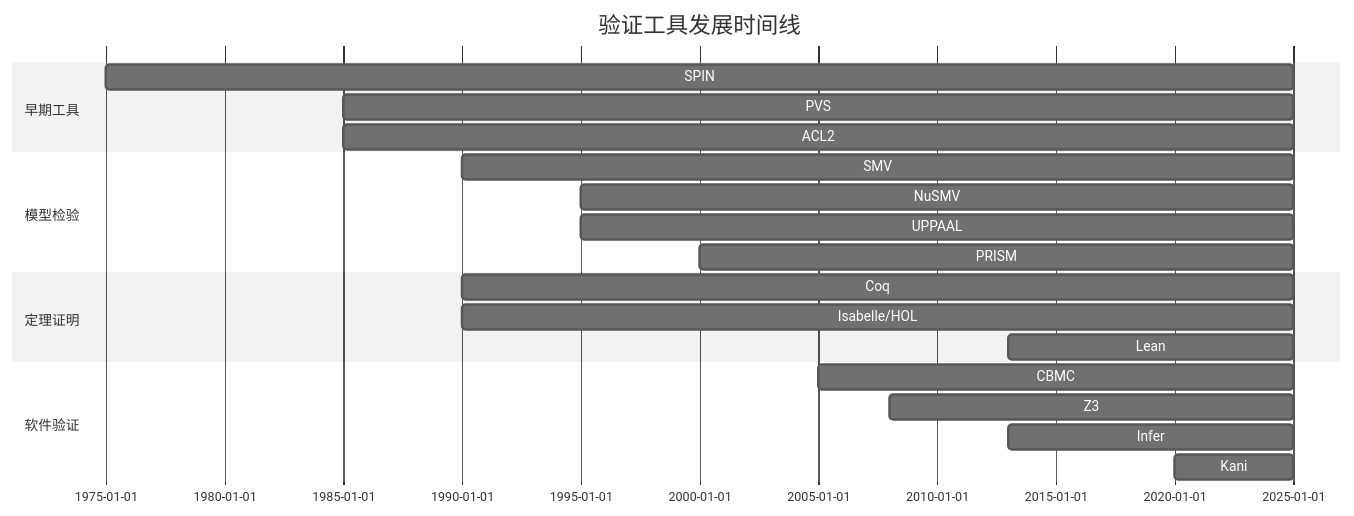
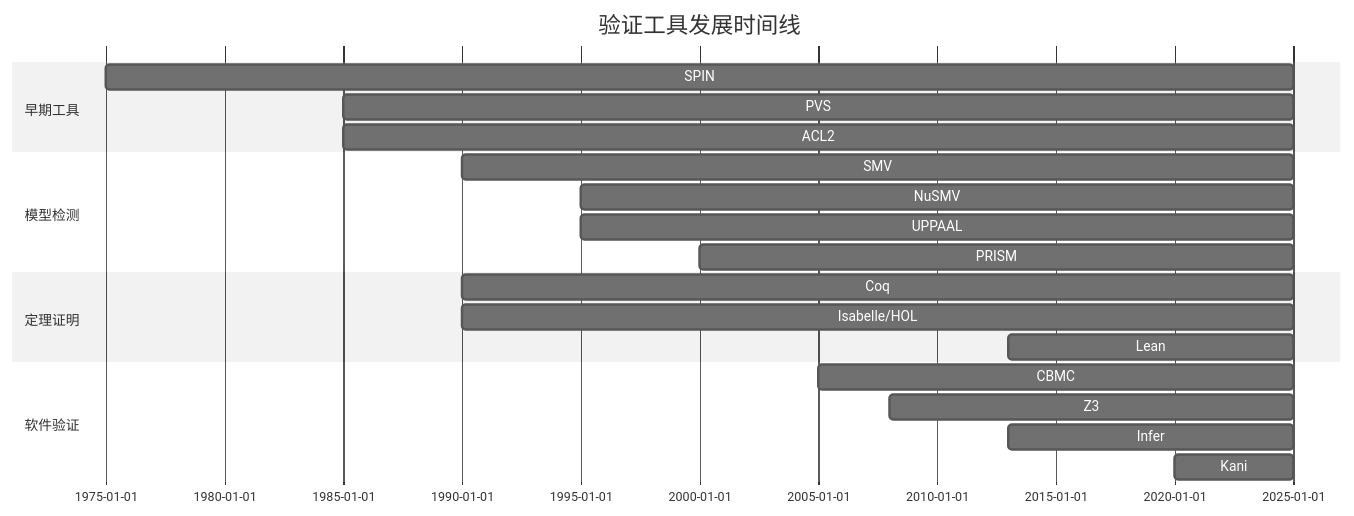
The fourth of 4 diagrams in formal-methods/COMPARISON-TOOLS.md (AdaMartin18010/AnalysisDataFlow), drawn with Mermaid (neutral theme) before and after one commit. The commit also changed other lines of this file and 129 other files, not shown here.

````diff
--- a/formal-methods/COMPARISON-TOOLS.md
+++ b/formal-methods/COMPARISON-TOOLS.md
@@ -502,26 +502,26 @@
 ```mermaid
 gantt
     title 验证工具发展时间线
     dateFormat YYYY
     section 早期工具
     SPIN            :1975, 2025
     PVS             :1985, 2025
     ACL2            :1985, 2025
 
-    section 模型检验
+    section 模型检测
     SMV             :1990, 2025
     NuSMV           :1995, 2025
     UPPAAL          :1995, 2025
     PRISM           :2000, 2025
 
     section 定理证明
     Coq             :1990, 2025
     Isabelle/HOL    :1990, 2025
     Lean            :2013, 2025
 
     section 软件验证
     CBMC            :2005, 2025
     Z3              :2008, 2025
     Infer           :2013, 2025
     Kani            :2020, 2025
 ```
````
